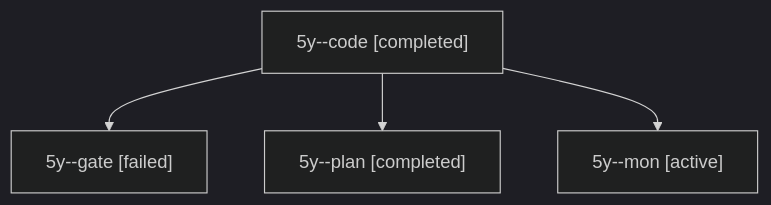
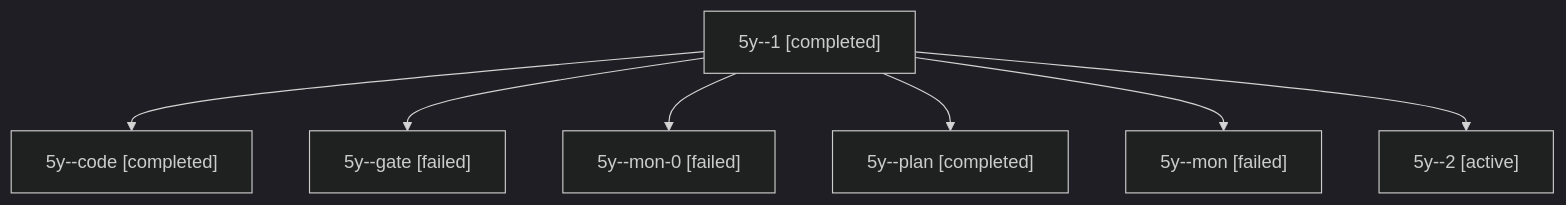
The diagram in sessions/bbugyi200.apollo.5y.md (sase-org/sase--agents), drawn with Mermaid (dark theme) before and after one commit. The commit also changed other lines of this file and 30 other files, not shown here.

````diff
--- a/sessions/bbugyi200.apollo.5y.md
+++ b/sessions/bbugyi200.apollo.5y.md
@@ -9,10 +9,16 @@
 ```mermaid
 flowchart TD
-  n0["5y--code [completed]"]
-  n1["5y--gate [failed]"]
+  n0["5y--1 [completed]"]
+  n1["5y--code [completed]"]
   n0 --> n1
-  n2["5y--plan [completed]"]
+  n2["5y--gate [failed]"]
   n0 --> n2
-  n3["5y--mon [active]"]
+  n3["5y--mon-0 [failed]"]
   n0 --> n3
+  n4["5y--plan [completed]"]
+  n0 --> n4
+  n5["5y--mon [failed]"]
+  n0 --> n5
+  n6["5y--2 [active]"]
+  n0 --> n6
 ```
````
